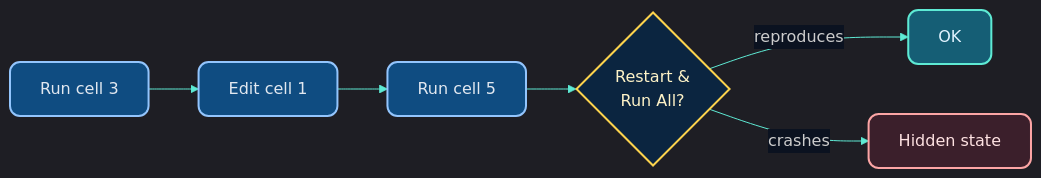
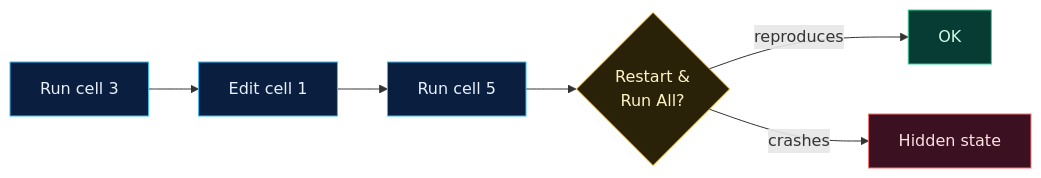
Before and after one commit to MindaugasSarpis/CERN_lessons_on_data_analysis: the diagram in lectures/content/slides/07_Python_Foundations.md, drawn with Mermaid. The commit also changed 11 other files, not shown here.

````diff
--- a/lectures/content/slides/07_Python_Foundations.md
+++ b/lectures/content/slides/07_Python_Foundations.md
@@ -1599,13 +1599,12 @@
 ```mermaid {scale: 0.6}
-%%{init: {'theme': 'dark', 'themeVariables': {'primaryColor': '#0f1f3d', 'primaryBorderColor': '#60a5fa', 'primaryTextColor': '#e2e8f0', 'lineColor': '#5eead4', 'edgeLabelBackground': '#0b1220', 'fontFamily': 'Inter, system-ui, sans-serif'}, 'flowchart': {'curve': 'basis', 'htmlLabels': true, 'useMaxWidth': true}}}%%
 flowchart LR
     A["Run cell 3"]:::step --> B["Edit cell 1"]:::step
     B --> C["Run cell 5"]:::step
     C --> D{"Restart &<br/>Run All?"}:::check
     D -->|reproduces| E["OK"]:::good
     D -->|crashes| F["Hidden state"]:::bad
-    classDef step fill:#0f4c81,stroke:#93c5fd,stroke-width:2px,color:#e2e8f0,rx:10px,ry:10px
-    classDef check fill:#0b2540,stroke:#fcd34d,stroke-width:2px,color:#fef3c7,rx:10px,ry:10px
-    classDef good fill:#155e75,stroke:#5eead4,stroke-width:2px,color:#e0f2fe,rx:10px,ry:10px
-    classDef bad fill:#3b1f2b,stroke:#fca5a5,stroke-width:2px,color:#fee2e2,rx:10px,ry:10px
+    classDef step fill:#0a1f3f,stroke:#38bdf8,color:#e8f1ff
+    classDef check fill:#2a2208,stroke:#fbbf24,color:#fef3c7
+    classDef good fill:#063c34,stroke:#34d399,color:#d1fae5
+    classDef bad fill:#3b1020,stroke:#f87171,color:#fee2e2
 ```
````
